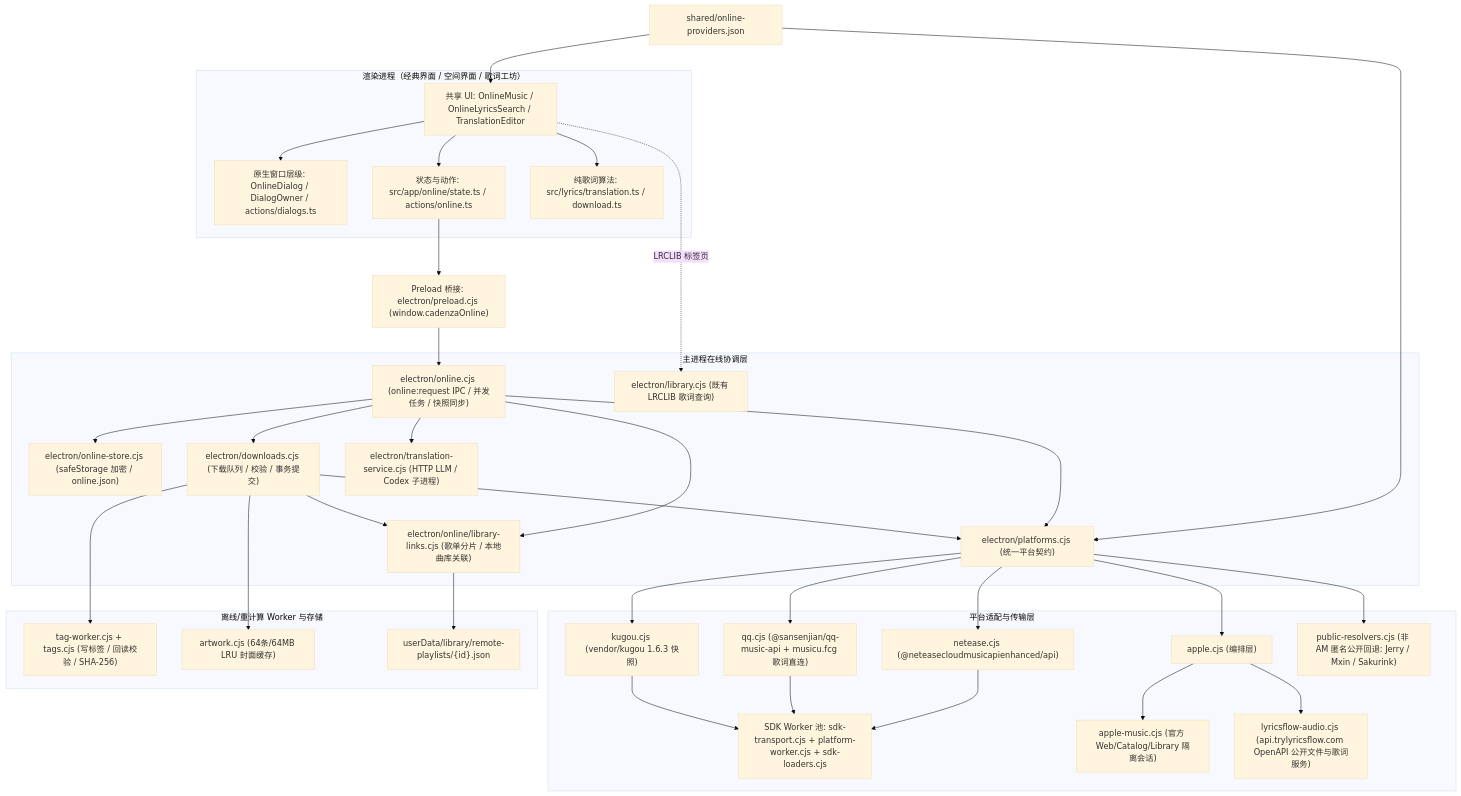
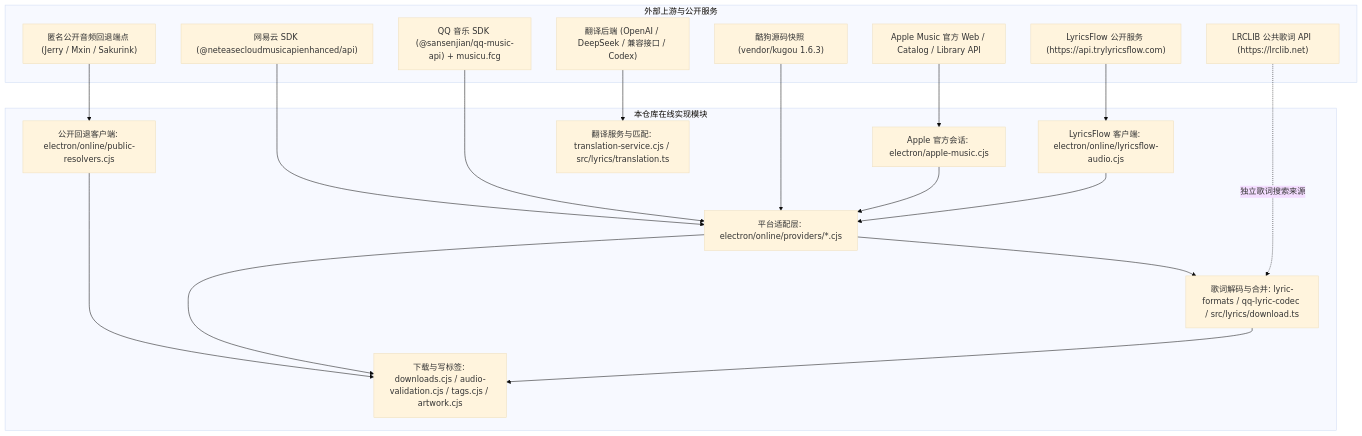
The first of 2 diagrams in docs/DENZA-ONLINE-API.md (ahuai6/Denza-Fork), drawn with Mermaid (base theme) before and after one commit. The commit also changed other lines of this file, not shown here.

Commit message:
docs: make online API reference architecture-neutral

````diff
--- a/docs/DENZA-ONLINE-API.md
+++ b/docs/DENZA-ONLINE-API.md
@@ -25,71 +12,35 @@
 ```mermaid
 flowchart TD
-  subgraph Renderer["渲染进程（经典界面 / 空间界面 / 歌词工坊）"]
-    UI["共享 UI: OnlineMusic / OnlineLyricsSearch / TranslationEditor"]
-    Dialog["原生窗口层级: OnlineDialog / DialogOwner / actions/dialogs.ts"]
-    State["状态与动作: src/app/online/state.ts / actions/online.ts"]
-    PureLyrics["纯歌词算法: src/lyrics/translation.ts / download.ts"]
+  subgraph Sources["外部上游与公开服务"]
+    NCM["网易云 SDK (@neteasecloudmusicapienhanced/api)"]
+    QQSDK["QQ 音乐 SDK (@sansenjian/qq-music-api) + musicu.fcg"]
+    KGSDK["酷狗源码快照 (vendor/kugou 1.6.3)"]
+    AMWeb["Apple Music 官方 Web / Catalog / Library API"]
+    LF["LyricsFlow 公开服务 (https://api.trylyricsflow.com)"]
+    Fallback["匿名公开音频回退端点 (Jerry / Mxin / Sakurink)"]
+    LRCLIB["LRCLIB 公共歌词 API (https://lrclib.net)"]
+    LLM["翻译后端 (OpenAI / DeepSeek / 兼容接口 / Codex)"]
   end
 
-  Preload["Preload 桥接: electron/preload.cjs (window.cadenzaOnline)"]
-
-  subgraph Main["主进程在线协调层"]
-    Host["electron/online.cjs (online:request IPC / 并发任务 / 快照同步)"]
-    Store["electron/online-store.cjs (safeStorage 加密 / online.json)"]
-    Platforms["electron/platforms.cjs (统一平台契约)"]
-    Downloads["electron/downloads.cjs (下载队列 / 校验 / 事务提交)"]
-    Translator["electron/translation-service.cjs (HTTP LLM / Codex 子进程)"]
-    LibLinks["electron/online/library-links.cjs (歌单分片 / 本地曲库关联)"]
-    OrigLrc["electron/library.cjs (既有 LRCLIB 歌词查询)"]
+  subgraph Core["本仓库在线实现模块"]
+    Providers["平台适配层: electron/online/providers/*.cjs"]
+    AMClient["Apple 官方会话: electron/apple-music.cjs"]
+    LFClient["LyricsFlow 客户端: electron/online/lyricsflow-audio.cjs"]
+    PubRes["公开回退客户端: electron/online/public-resolvers.cjs"]
+    LrcFmt["歌词解码与合并: lyric-formats / qq-lyric-codec / src/lyrics/download.ts"]
+    Down["下载与写标签: downloads.cjs / audio-validation.cjs / tags.cjs / artwork.cjs"]
+    Trans["翻译服务与匹配: translation-service.cjs / src/lyrics/translation.ts"]
   end
 
-  subgraph Providers["平台适配与传输层"]
-    SdkPool["SDK Worker 池: sdk-transport.cjs + platform-worker.cjs + sdk-loaders.cjs"]
-    Netease["netease.cjs (@neteasecloudmusicapienhanced/api)"]
-    QQ["qq.cjs (@sansenjian/qq-music-api + musicu.fcg 歌词直连)"]
-    Kugou["kugou.cjs (vendor/kugou 1.6.3 快照)"]
-    AppleAdapter["apple.cjs (编排层)"]
-    AppleWeb["apple-music.cjs (官方 Web/Catalog/Library 隔离会话)"]
-    LyricsFlow["lyricsflow-audio.cjs (api.trylyricsflow.com OpenAPI 公开文件与歌词服务)"]
-    Fallback["public-resolvers.cjs (非 AM 匿名公开回退: Jerry / Mxin / Sakurink)"]
-  end
-
-  subgraph Workers["离线/重计算 Worker 与存储"]
-    TagWorker["tag-worker.cjs + tags.cjs (写标签 / 回读校验 / SHA-256)"]
-    Artwork["artwork.cjs (64条/64MB LRU 封面缓存)"]
-    RemoteShards["userData/library/remote-playlists/{id}.json"]
-  end
-
-  Catalog["shared/online-providers.json"] --> UI
-  Catalog --> Platforms
-
-  UI --> Dialog
-  UI --> State
-  UI --> PureLyrics
-  UI -.->|"LRCLIB 标签页"| OrigLrc
-  State --> Preload --> Host
-
-  Host --> Store
-  Host --> Platforms
-  Host --> Downloads
-  Host --> Translator
-  Host --> LibLinks
-
-  Platforms --> Netease
-  Platforms --> QQ
-  Platforms --> Kugou
-  Platforms --> AppleAdapter
-  Platforms --> Fallback
-
-  Netease --> SdkPool
-  QQ --> SdkPool
-  Kugou --> SdkPool
-  AppleAdapter --> AppleWeb
-  AppleAdapter --> LyricsFlow
-
-  Downloads --> Platforms
-  Downloads --> Artwork
-  Downloads --> TagWorker
-  Downloads --> LibLinks
-  LibLinks --> RemoteShards
+  NCM --> Providers
+  QQSDK --> Providers
+  KGSDK --> Providers
+  AMWeb --> AMClient --> Providers
+  LF --> LFClient --> Providers
+  Fallback --> PubRes --> Down
+  Providers --> Down
+  Providers --> LrcFmt
+  LrcFmt --> Down
+  LRCLIB -.->|"独立歌词搜索来源"| LrcFmt
+  LLM --> Trans
 ```
````
